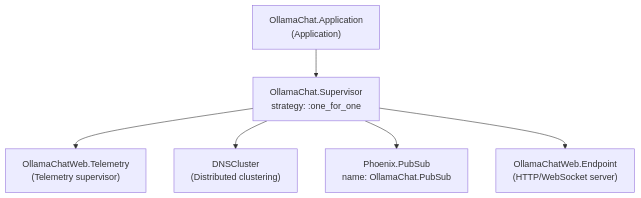
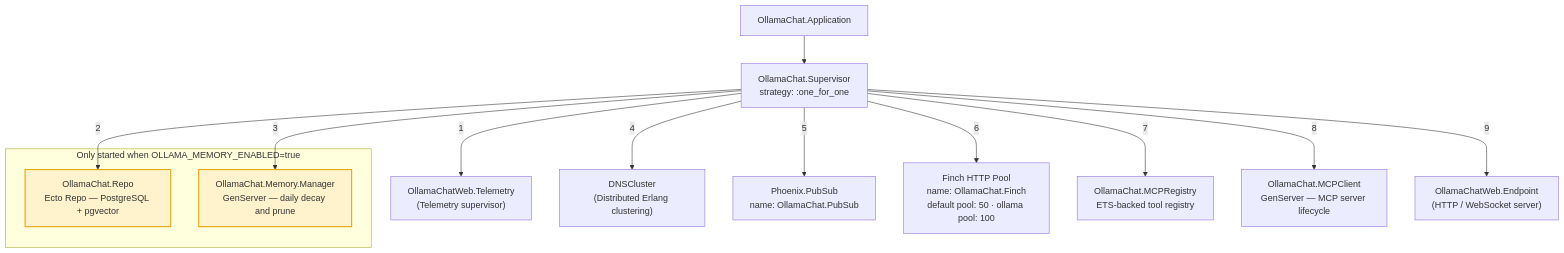
One commit to dmcbane/ollama_chat changed the diagram in docs/diagrams/01-supervision-tree.md. Above: the diagram before and after it, drawn with Mermaid. The commit also changed other lines of this file and 5 other files, not shown here.

First line of the commit message:
docs: update diagrams and documentation for Phase 6 completion

````diff
--- a/docs/diagrams/01-supervision-tree.md
+++ b/docs/diagrams/01-supervision-tree.md
@@ -5,8 +7,29 @@
 ```mermaid
 graph TD
-    A["OllamaChat.Application<br/>(Application)"] --> B["OllamaChat.Supervisor<br/>strategy: :one_for_one"]
-    B --> C["OllamaChatWeb.Telemetry<br/>(Telemetry supervisor)"]
-    B --> D["DNSCluster<br/>(Distributed clustering)"]
-    B --> E["Phoenix.PubSub<br/>name: OllamaChat.PubSub"]
-    B --> F["OllamaChatWeb.Endpoint<br/>(HTTP/WebSocket server)"]
+    App["OllamaChat.Application"] --> Sup["OllamaChat.Supervisor<br/>strategy: :one_for_one"]
+
+    Sup -->|"1"| Tel["OllamaChatWeb.Telemetry<br/>(Telemetry supervisor)"]
+
+    subgraph cond["Only started when OLLAMA_MEMORY_ENABLED=true"]
+        Repo["OllamaChat.Repo<br/>Ecto Repo — PostgreSQL + pgvector"]
+        Mgr["OllamaChat.Memory.Manager<br/>GenServer — daily decay and prune"]
+    end
+
+    Sup -->|"2"| Repo
+    Sup -->|"3"| Mgr
+
+    Sup -->|"4"| DNS["DNSCluster<br/>(Distributed Erlang clustering)"]
+
+    Sup -->|"5"| PubSub["Phoenix.PubSub<br/>name: OllamaChat.PubSub"]
+
+    Sup -->|"6"| Finch["Finch HTTP Pool<br/>name: OllamaChat.Finch<br/>default pool: 50 · ollama pool: 100"]
+
+    Sup -->|"7"| MCPReg["OllamaChat.MCPRegistry<br/>ETS-backed tool registry"]
+
+    Sup -->|"8"| MCPCli["OllamaChat.MCPClient<br/>GenServer — MCP server lifecycle"]
+
+    Sup -->|"9"| Endpoint["OllamaChatWeb.Endpoint<br/>(HTTP / WebSocket server)"]
+
+    classDef conditional fill:#fff3cd,stroke:#e6a817,stroke-width:2px
+    class Repo,Mgr conditional
 ```
````
